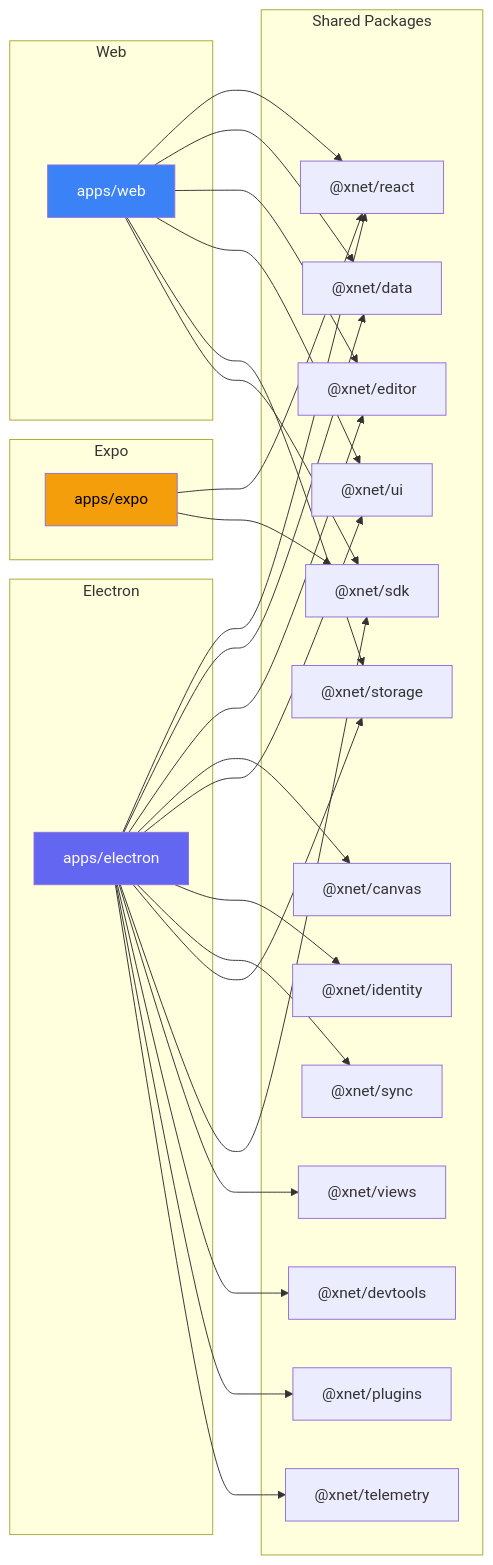
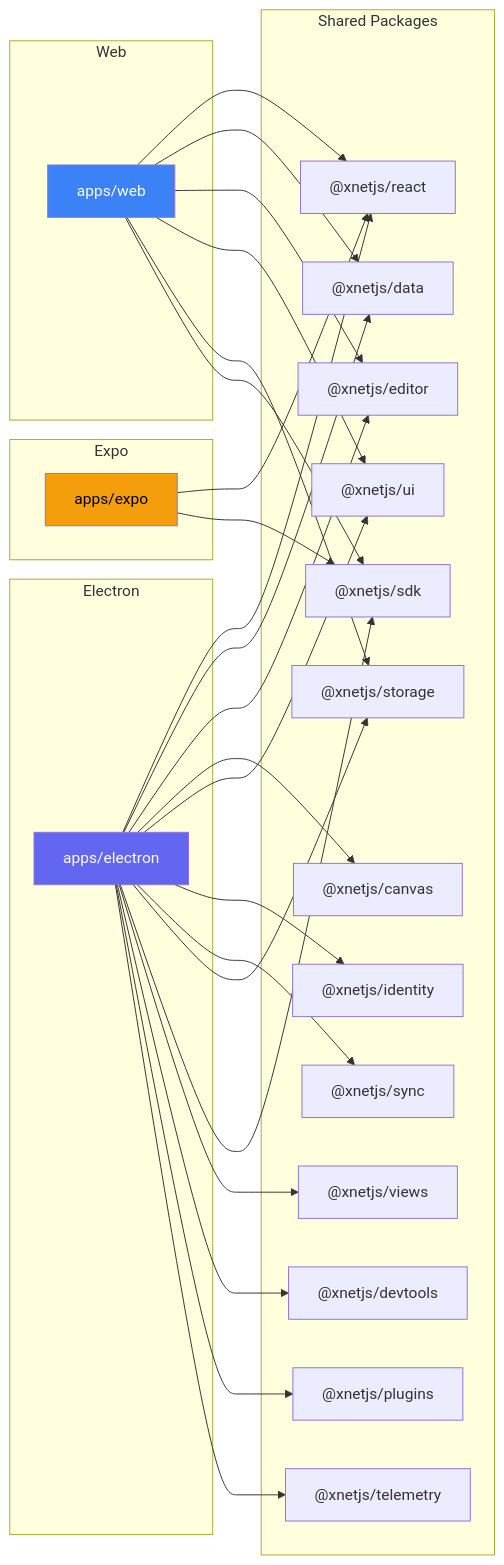
Before and after one commit to crs48/xNet: the tenth of 14 diagrams in docs/explorations/0056_[x]_WEB_APP_INTEGRATION.md, drawn with Mermaid. The commit also changed other lines of this file and 980 other files, not shown here.

````diff
--- a/docs/explorations/0056_[x]_WEB_APP_INTEGRATION.md
+++ b/docs/explorations/0056_[x]_WEB_APP_INTEGRATION.md
@@ -1284,58 +1284,58 @@
 ```mermaid
 graph LR
     subgraph "Shared Packages"
-        react["@xnet/react"]
-        data["@xnet/data"]
-        editor["@xnet/editor"]
-        canvas["@xnet/canvas"]
-        ui["@xnet/ui"]
-        identity["@xnet/identity"]
-        sync["@xnet/sync"]
-        storage["@xnet/storage"]
-        sdk["@xnet/sdk"]
-        views["@xnet/views"]
-        devtools["@xnet/devtools"]
-        plugins["@xnet/plugins"]
-        telemetry["@xnet/telemetry"]
+        react["@xnetjs/react"]
+        data["@xnetjs/data"]
+        editor["@xnetjs/editor"]
+        canvas["@xnetjs/canvas"]
+        ui["@xnetjs/ui"]
+        identity["@xnetjs/identity"]
+        sync["@xnetjs/sync"]
+        storage["@xnetjs/storage"]
+        sdk["@xnetjs/sdk"]
+        views["@xnetjs/views"]
+        devtools["@xnetjs/devtools"]
+        plugins["@xnetjs/plugins"]
+        telemetry["@xnetjs/telemetry"]
     end
 
     subgraph "Electron"
         E["apps/electron"]
     end
 
     subgraph "Web"
         W["apps/web"]
     end
 
     subgraph "Expo"
         X["apps/expo"]
     end
 
     E --> react
     E --> data
     E --> editor
     E --> canvas
     E --> ui
     E --> identity
     E --> sync
     E --> storage
     E --> sdk
     E --> views
     E --> devtools
     E --> plugins
     E --> telemetry
 
     W --> react
     W --> data
     W --> editor
     W --> ui
     W --> storage
     W --> sdk
 
     X --> react
     X --> sdk
 
     style E fill:#6366f1,color:#fff
     style W fill:#3b82f6,color:#fff
     style X fill:#f59e0b,color:#000
 ```
````
